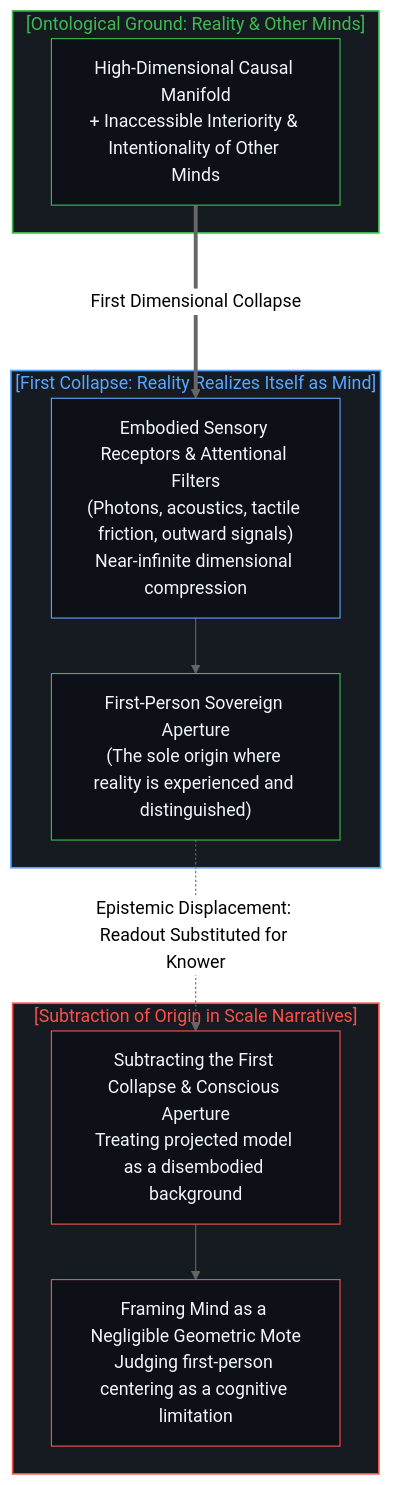
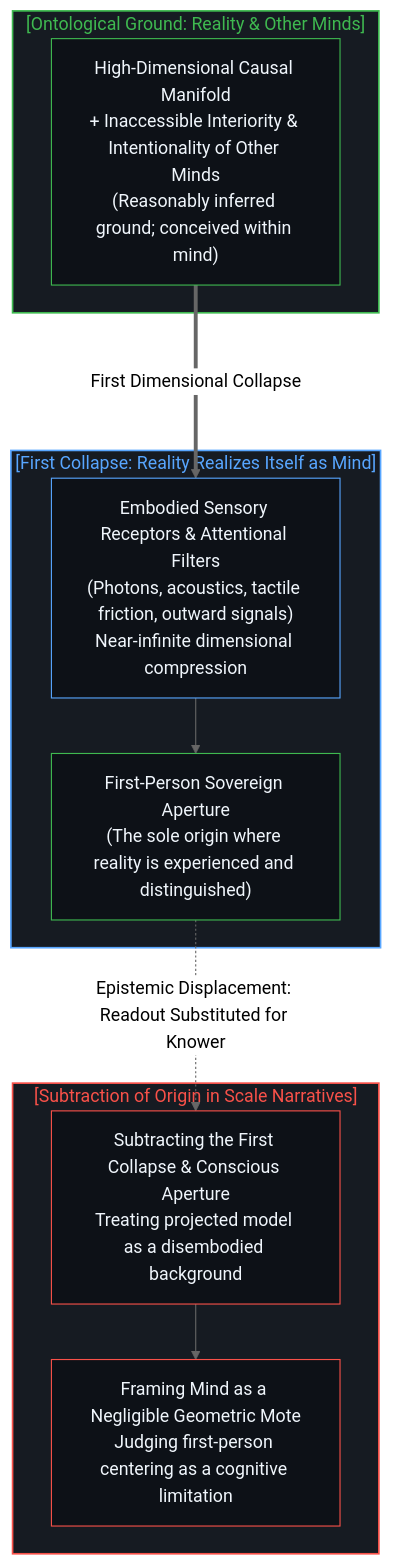
One commit to powerpig99/not-a-toe changed the second of 8 diagrams in content/posts/one-cannot-escape-ones-own-mind.md. Above: the diagram before and after it, drawn with Mermaid (neutral theme). The commit also changed other lines of this file and 2 other files, not shown here.

Commit message:
Refine Post #332: Clarify epistemic status of external reality and mind's boundary

````diff
--- a/content/posts/one-cannot-escape-ones-own-mind.md
+++ b/content/posts/one-cannot-escape-ones-own-mind.md
@@ -48,30 +48,30 @@
 ```mermaid
 flowchart TD
     subgraph S_RealityOrigin_EN ["[Ontological Ground: Reality & Other Minds]"]
-        RE1["High-Dimensional Causal Manifold<br/>+ Inaccessible Interiority & Intentionality of Other Minds"]
+        RE1["High-Dimensional Causal Manifold<br/>+ Inaccessible Interiority & Intentionality of Other Minds<br/>(Reasonably inferred ground; conceived within mind)"]
     end
 
     subgraph S_FirstCollapse_EN ["[First Collapse: Reality Realizes Itself as Mind]"]
         CE1["Embodied Sensory Receptors & Attentional Filters<br/>(Photons, acoustics, tactile friction, outward signals)<br/>Near-infinite dimensional compression"]
         ME1["First-Person Sovereign Aperture<br/>(The sole origin where reality is experienced and distinguished)"]
         CE1 --> ME1
     end
 
     subgraph S_TheftInversion_EN ["[Subtraction of Origin in Scale Narratives]"]
         TE1["Subtracting the First Collapse & Conscious Aperture<br/>Treating projected model as a disembodied background"]
         TE2["Framing Mind as a Negligible Geometric Mote<br/>Judging first-person centering as a cognitive limitation"]
         TE1 --> TE2
     end
 
     RE1 ===>|"First Dimensional Collapse"| CE1
     ME1 -.->|"Epistemic Displacement: Readout Substituted for Knower"| TE1
 
     style S_RealityOrigin_EN fill:#161b22,stroke:#3fb950,stroke-width:1.5px,color:#3fb950
     style S_FirstCollapse_EN fill:#161b22,stroke:#58a6ff,stroke-width:1.5px,color:#58a6ff
     style S_TheftInversion_EN fill:#161b22,stroke:#f85149,stroke-width:1.5px,color:#f85149
     style RE1 fill:#0d1117,stroke:#3fb950,stroke-width:1px,color:#f0f6fc
     style CE1 fill:#0d1117,stroke:#58a6ff,stroke-width:1px,color:#f0f6fc
     style ME1 fill:#0d1117,stroke:#3fb950,stroke-width:1px,color:#f0f6fc
     style TE1 fill:#0d1117,stroke:#f85149,stroke-width:1px,color:#f0f6fc
     style TE2 fill:#0d1117,stroke:#f85149,stroke-width:1px,color:#f0f6fc
 ```
````
